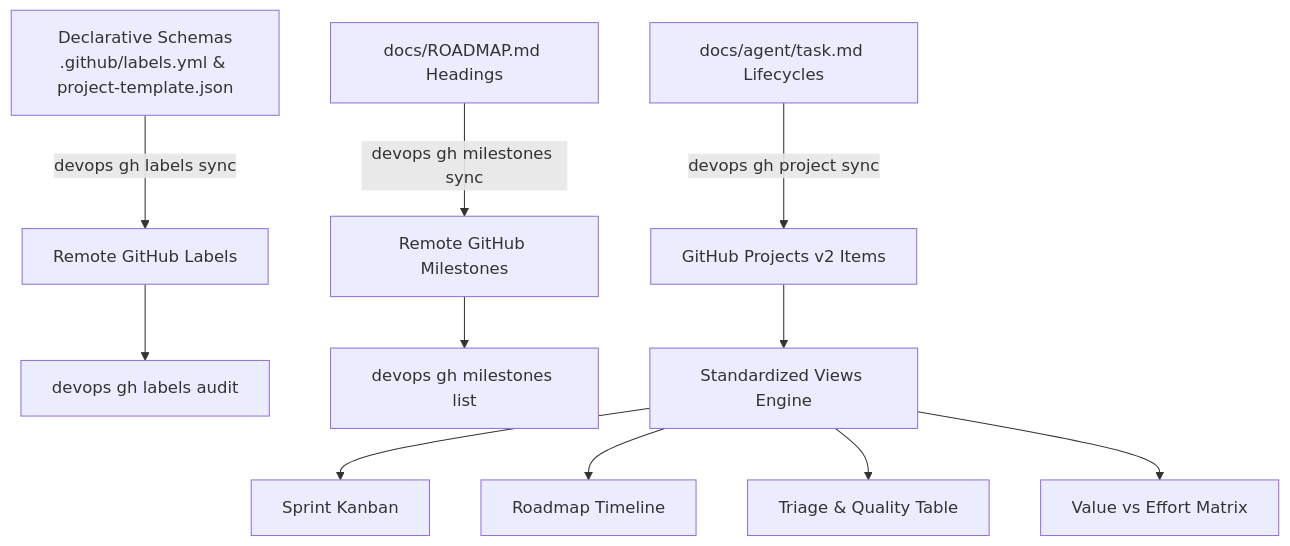
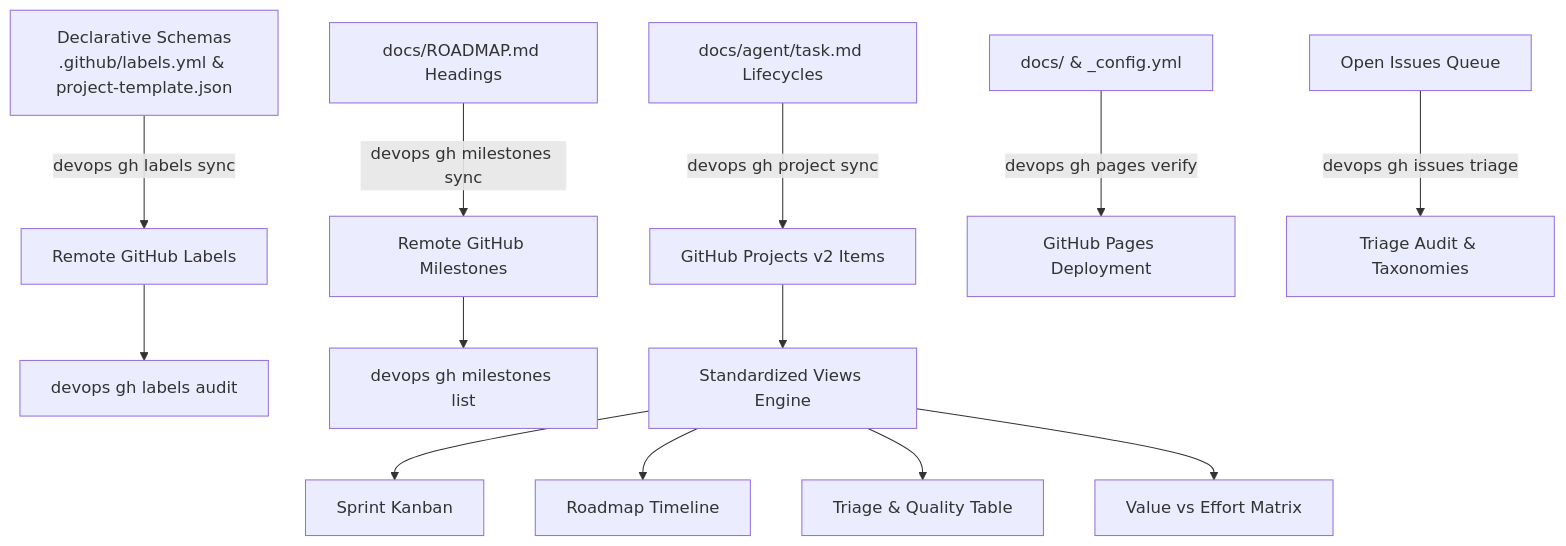
One commit to dan-petty/devops-cli changed the diagram in src/devops_cli/ai/knowledge_base/devops_cli/tasks/github_project_management.md. Above: the diagram before and after it, drawn with Mermaid. The commit also changed other lines of this file and 21 other files, not shown here.

Commit message:
feat(gh): integrate github pages, issues, projects, and views with fastmcp and agent instructions

````diff
--- a/src/devops_cli/ai/knowledge_base/devops_cli/tasks/github_project_management.md
+++ b/src/devops_cli/ai/knowledge_base/devops_cli/tasks/github_project_management.md
@@ -15,13 +17,15 @@
 ```mermaid
 graph TD
     A[Declarative Schemas<br/>.github/labels.yml & project-template.json] -->|devops gh labels sync| B[Remote GitHub Labels]
     C[docs/ROADMAP.md Headings] -->|devops gh milestones sync| D[Remote GitHub Milestones]
     E[docs/agent/task.md Lifecycles] -->|devops gh project sync| F[GitHub Projects v2 Items]
-    B --> G[devops gh labels audit]
-    D --> H[devops gh milestones list]
-    F --> I[Standardized Views Engine]
-    I --> J[Sprint Kanban]
-    I --> K[Roadmap Timeline]
-    I --> L[Triage & Quality Table]
-    I --> M[Value vs Effort Matrix]
+    G[docs/ & _config.yml] -->|devops gh pages verify| H[GitHub Pages Deployment]
+    I[Open Issues Queue] -->|devops gh issues triage| J[Triage Audit & Taxonomies]
+    B --> K[devops gh labels audit]
+    D --> L[devops gh milestones list]
+    F --> M[Standardized Views Engine]
+    M --> N[Sprint Kanban]
+    M --> O[Roadmap Timeline]
+    M --> P[Triage & Quality Table]
+    M --> Q[Value vs Effort Matrix]
 ```
````
